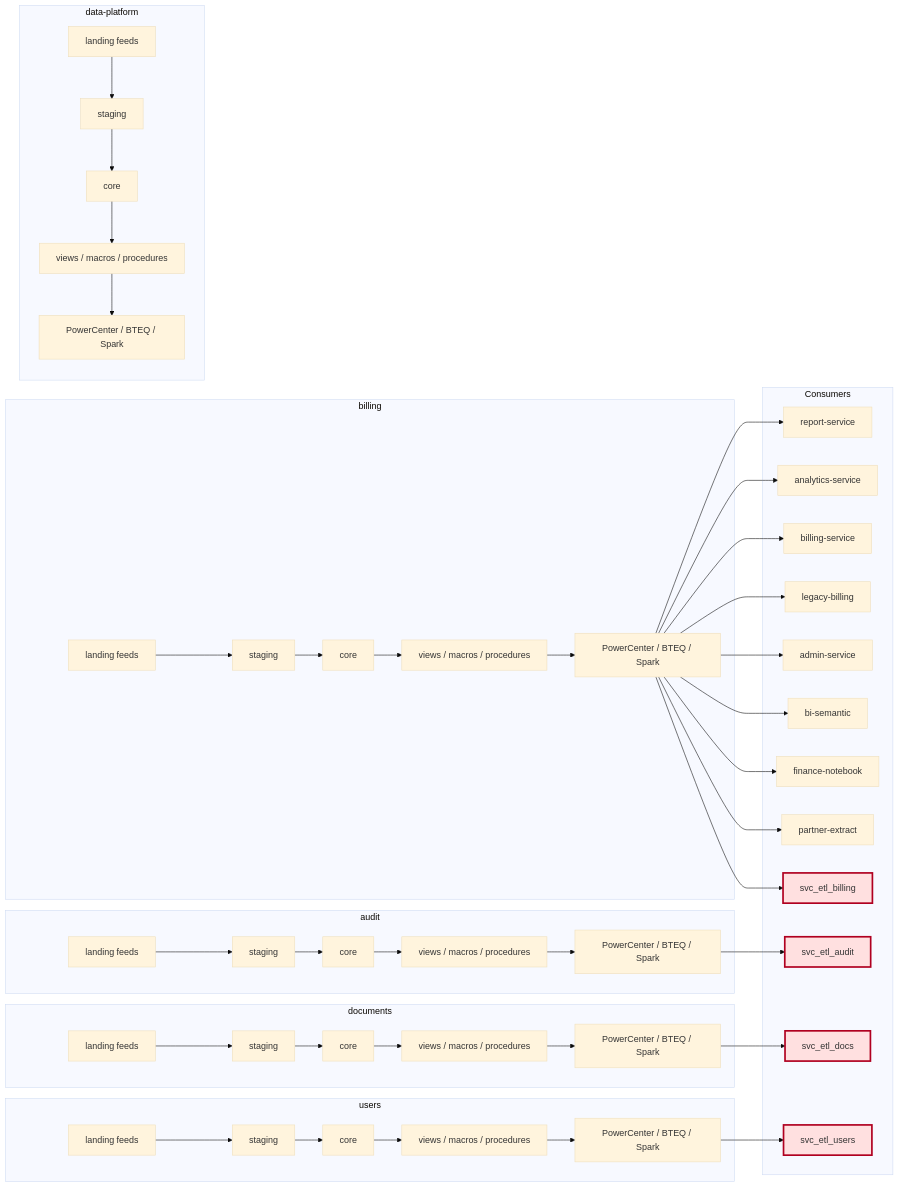
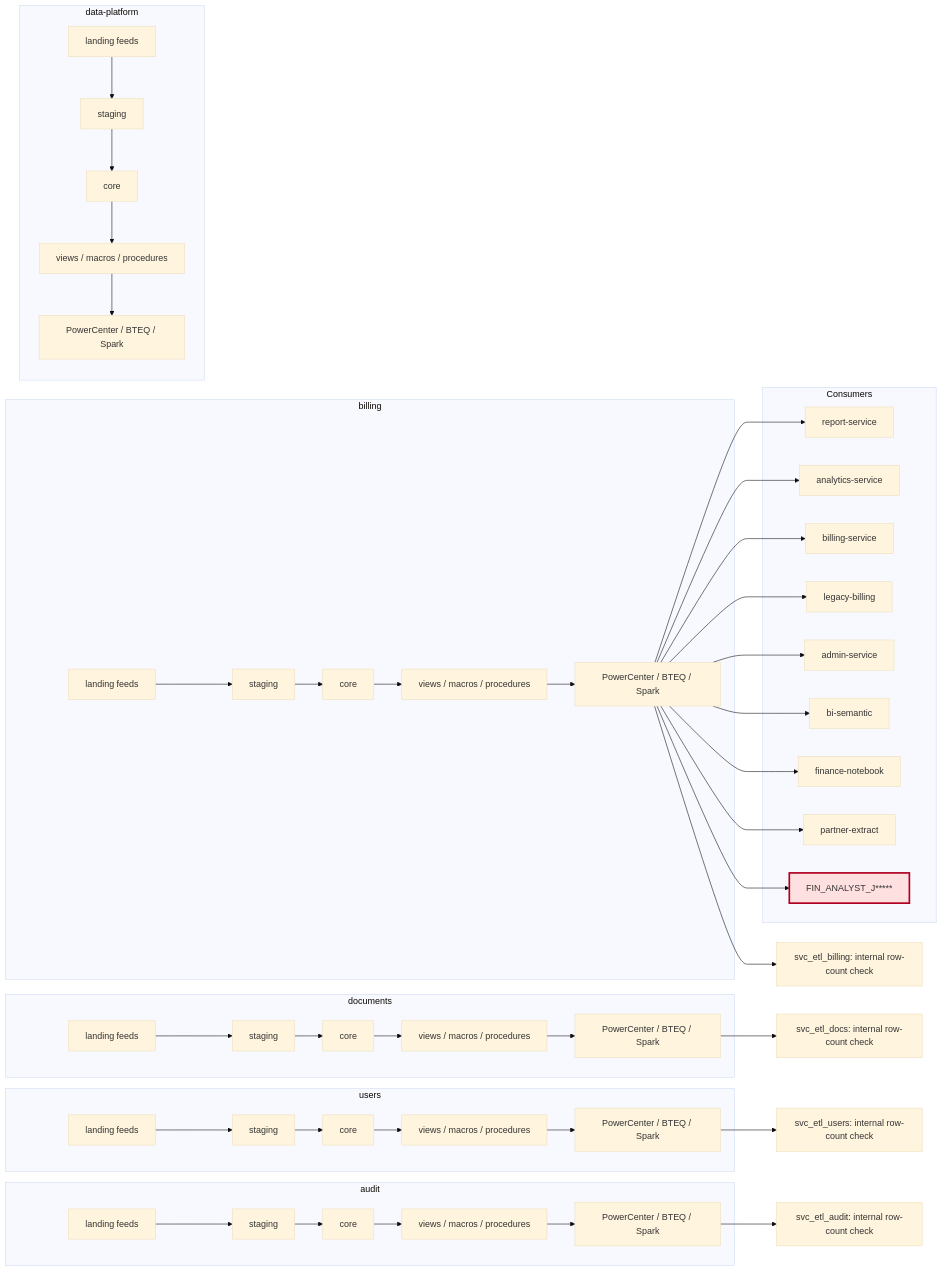
One commit to Cognition-Partner-Workshops/otterworks changed the first of 2 diagrams in migration/dw-exit-dbx/lineage.md. Above: the diagram before and after it, drawn with Mermaid (base theme). The commit also changed other lines of this file and 10 other files, not shown here.

````diff
--- a/migration/dw-exit-dbx/lineage.md
+++ b/migration/dw-exit-dbx/lineage.md
@@ -7,45 +7,43 @@
 ```mermaid
 flowchart LR
 subgraph billing["billing"]
 billing_landing["landing feeds"] --> billing_stg["staging"] --> billing_core["core"] --> billing_api["views / macros / procedures"] --> billing_etl["PowerCenter / BTEQ / Spark"]
 end
 subgraph documents["documents"]
 documents_landing["landing feeds"] --> documents_stg["staging"] --> documents_core["core"] --> documents_api["views / macros / procedures"] --> documents_etl["PowerCenter / BTEQ / Spark"]
 end
 subgraph users["users"]
 users_landing["landing feeds"] --> users_stg["staging"] --> users_core["core"] --> users_api["views / macros / procedures"] --> users_etl["PowerCenter / BTEQ / Spark"]
 end
 subgraph audit["audit"]
 audit_landing["landing feeds"] --> audit_stg["staging"] --> audit_core["core"] --> audit_api["views / macros / procedures"] --> audit_etl["PowerCenter / BTEQ / Spark"]
 end
 subgraph data_platform["data-platform"]
 data_platform_landing["landing feeds"] --> data_platform_stg["staging"] --> data_platform_core["core"] --> data_platform_api["views / macros / procedures"] --> data_platform_etl["PowerCenter / BTEQ / Spark"]
 end
+billing_etl --> internal_billing["svc_etl_billing: internal row-count check"]
+documents_etl --> internal_docs["svc_etl_docs: internal row-count check"]
+users_etl --> internal_users["svc_etl_users: internal row-count check"]
+audit_etl --> internal_audit["svc_etl_audit: internal row-count check"]
 subgraph consumers["Consumers"]
 c0["report-service"]
 c1["analytics-service"]
 c2["billing-service"]
 c3["legacy-billing"]
 c4["admin-service"]
 c5["bi-semantic"]
 c6["finance-notebook"]
 c7["partner-extract"]
-h0["svc_etl_audit"]:::hidden
-h1["svc_etl_billing"]:::hidden
-h2["svc_etl_docs"]:::hidden
-h3["svc_etl_users"]:::hidden
+h0["FIN_ANALYST_J*****"]:::hidden
 end
 classDef hidden fill:#ffe0e0,stroke:#b00020,stroke-width:3px
 billing_etl --> c0
 billing_etl --> c1
 billing_etl --> c2
 billing_etl --> c3
 billing_etl --> c4
 billing_etl --> c5
 billing_etl --> c6
 billing_etl --> c7
-audit_etl --> h0
-billing_etl --> h1
-documents_etl --> h2
-users_etl --> h3
+billing_etl --> h0
 ```
````
